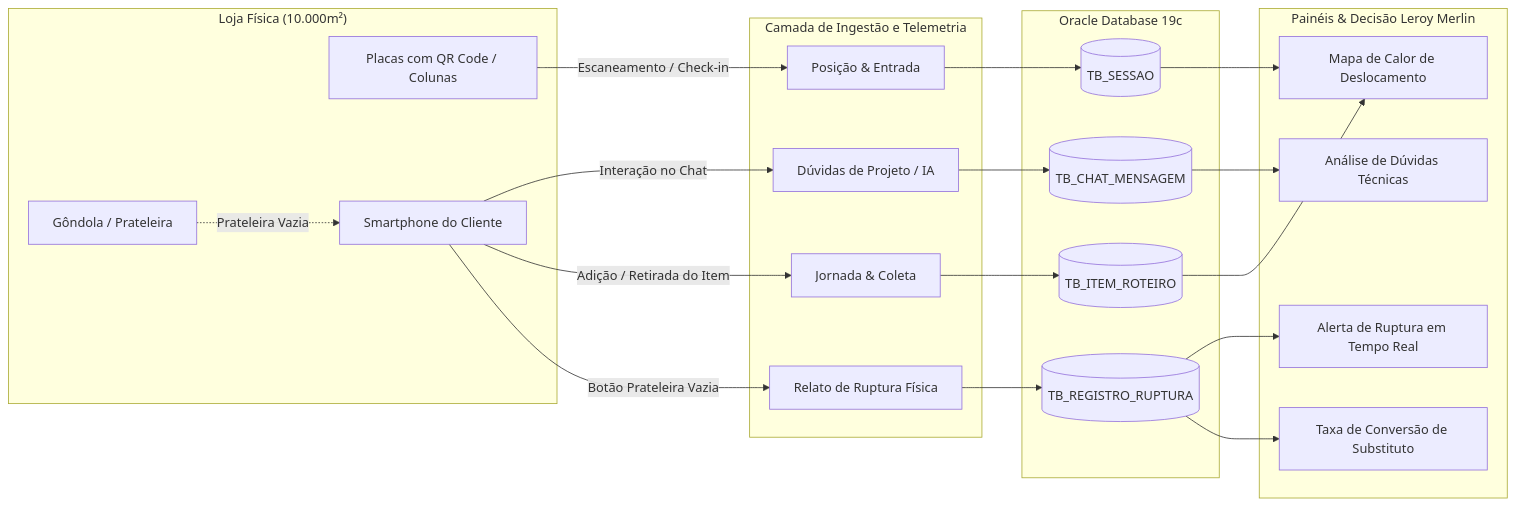
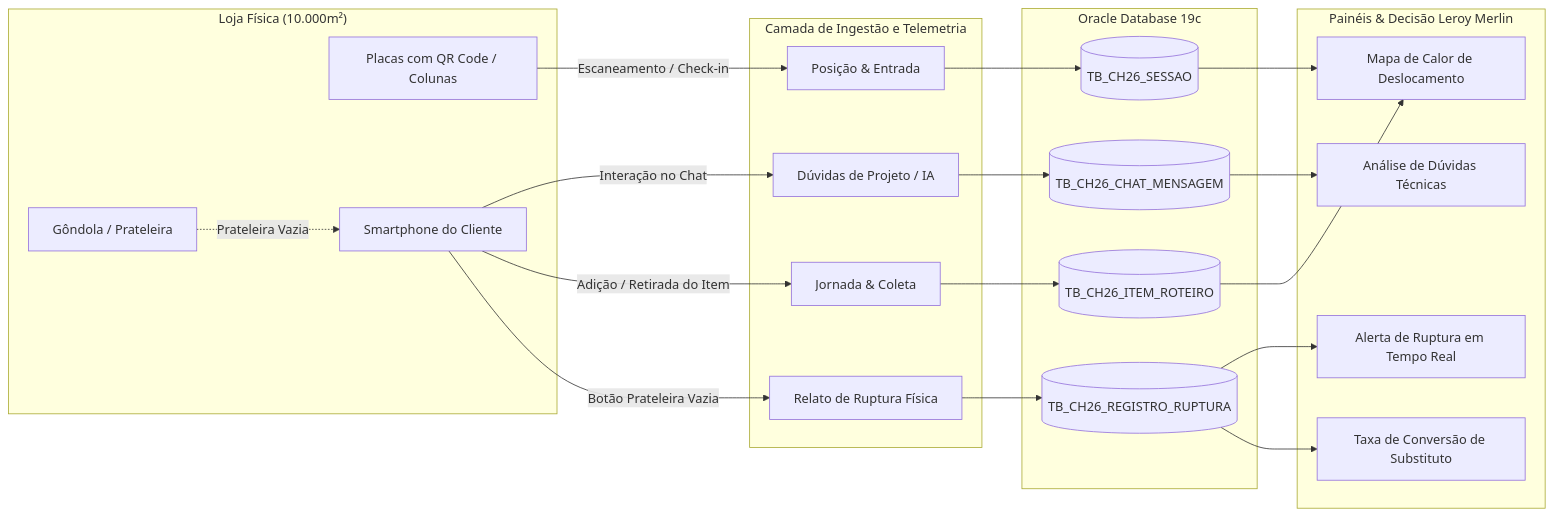
The first of 2 diagrams in docs/dados/coleta-de-dados-e-telemetria.md (JoaoRicardoSOC/merlin-route-finder), drawn with Mermaid before and after one commit. The commit also changed other lines of this file and 8 other files, not shown here.

````diff
--- a/docs/dados/coleta-de-dados-e-telemetria.md
+++ b/docs/dados/coleta-de-dados-e-telemetria.md
@@ -16,40 +16,40 @@
 ```mermaid
 flowchart LR
     subgraph Ponto_De_Venda["Loja Física (10.000m²)"]
         QR[Placas com QR Code / Colunas]
         Gondola[Gôndola / Prateleira]
         ClienteMobile[Smartphone do Cliente]
     end
 
     subgraph Coleta_Em_Tempo_Real["Camada de Ingestão e Telemetria"]
         IngestaoPos[Posição & Entrada]
         IngestaoRuptura[Relato de Ruptura Física]
         IngestaoChat[Dúvidas de Projeto / IA]
         IngestaoColeta[Jornada & Coleta]
     end
 
     subgraph Armazenamento["Oracle Database 19c"]
-        T1[(TB_SESSAO)]
-        T2[(TB_REGISTRO_RUPTURA)]
-        T3[(TB_CHAT_MENSAGEM)]
-        T4[(TB_ITEM_ROTEIRO)]
+        T1[(TB_CH26_SESSAO)]
+        T2[(TB_CH26_REGISTRO_RUPTURA)]
+        T3[(TB_CH26_CHAT_MENSAGEM)]
+        T4[(TB_CH26_ITEM_ROTEIRO)]
     end
 
     subgraph Inteligencia_De_Negocio["Painéis & Decisão Leroy Merlin"]
         Dash1[Alerta de Ruptura em Tempo Real]
         Dash2[Mapa de Calor de Deslocamento]
         Dash3[Análise de Dúvidas Técnicas]
         Dash4[Taxa de Conversão de Substituto]
     end
 
     QR -->|Escaneamento / Check-in| IngestaoPos --> T1
     ClienteMobile -->|Interação no Chat| IngestaoChat --> T3
     ClienteMobile -->|Adição / Retirada do Item| IngestaoColeta --> T4
     Gondola -.->|Prateleira Vazia| ClienteMobile
     ClienteMobile -->|Botão Prateleira Vazia| IngestaoRuptura --> T2
 
     T2 --> Dash1
     T2 --> Dash4
     T1 & T4 --> Dash2
     T3 --> Dash3
 ```
````
